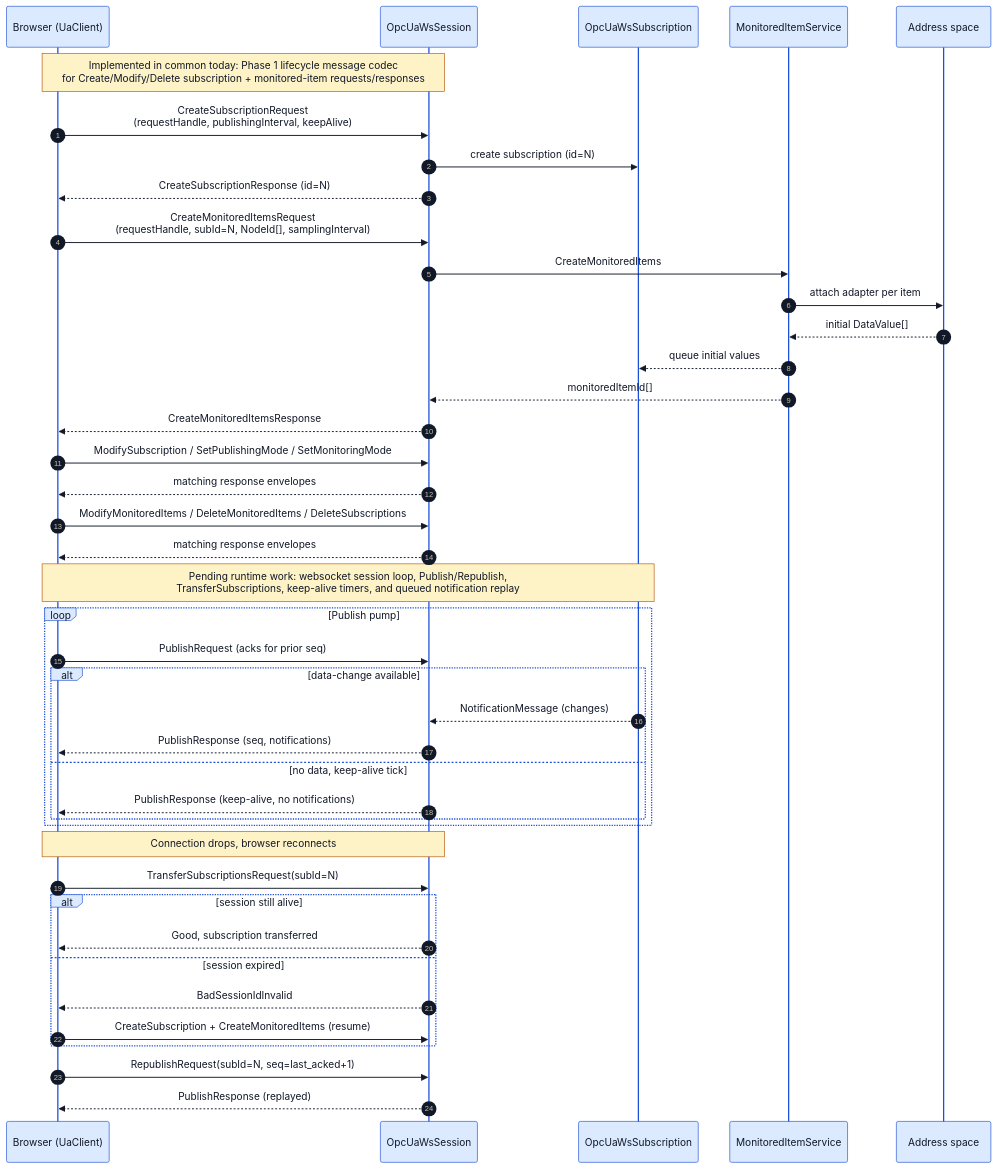
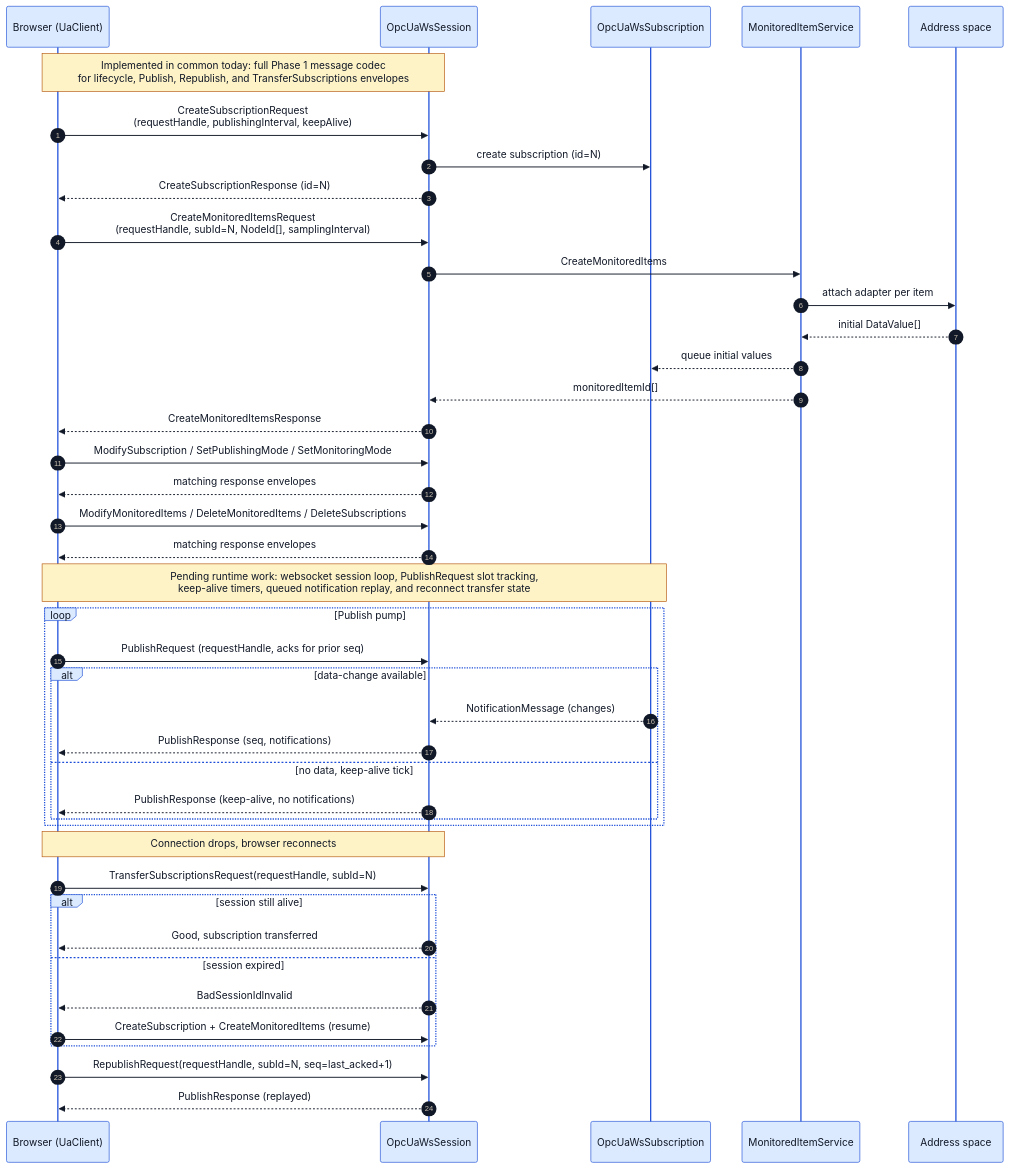
One commit to alexsmn/scada-common changed the diagram in docs/opcua_ws_subscription_sequence.mmd. Above: the diagram before and after it, drawn with Mermaid. The commit also changed 6 other files, not shown here.

```diff
--- a/docs/opcua_ws_subscription_sequence.mmd
+++ b/docs/opcua_ws_subscription_sequence.mmd
@@ -1,67 +1,67 @@
 %%{init: {
   'theme': 'base',
   'themeVariables': {
     'background': '#ffffff',
     'primaryColor': '#f3f4f6',
     'primaryBorderColor': '#374151',
     'primaryTextColor': '#111827',
     'lineColor': '#374151',
     'actorBkg': '#dbeafe',
     'actorBorder': '#1d4ed8',
     'actorTextColor': '#111827',
     'noteBkgColor': '#fef3c7',
     'noteBorderColor': '#b45309',
     'noteTextColor': '#111827'
   }
 }}%%
 sequenceDiagram
     autonumber
     participant B as Browser (UaClient)
     participant S as OpcUaWsSession
     participant SUB as OpcUaWsSubscription
     participant MI as MonitoredItemService
     participant AS as Address space
 
-    Note over B,S: Implemented in common today: Phase 1 lifecycle message codec<br/>for Create/Modify/Delete subscription + monitored-item requests/responses
+    Note over B,S: Implemented in common today: full Phase 1 message codec<br/>for lifecycle, Publish, Republish, and TransferSubscriptions envelopes
 
     B->>S: CreateSubscriptionRequest<br/>(requestHandle, publishingInterval, keepAlive)
     S->>SUB: create subscription (id=N)
     S-->>B: CreateSubscriptionResponse (id=N)
 
     B->>S: CreateMonitoredItemsRequest<br/>(requestHandle, subId=N, NodeId[], samplingInterval)
     S->>MI: CreateMonitoredItems
     MI->>AS: attach adapter per item
     AS-->>MI: initial DataValue[]
     MI-->>SUB: queue initial values
     MI-->>S: monitoredItemId[]
     S-->>B: CreateMonitoredItemsResponse
 
     B->>S: ModifySubscription / SetPublishingMode / SetMonitoringMode
     S-->>B: matching response envelopes
     B->>S: ModifyMonitoredItems / DeleteMonitoredItems / DeleteSubscriptions
     S-->>B: matching response envelopes
 
-    Note over B,SUB: Pending runtime work: websocket session loop, Publish/Republish,<br/>TransferSubscriptions, keep-alive timers, and queued notification replay
+    Note over B,SUB: Pending runtime work: websocket session loop, PublishRequest slot tracking,<br/>keep-alive timers, queued notification replay, and reconnect transfer state
 
     loop Publish pump
-        B->>S: PublishRequest (acks for prior seq)
+        B->>S: PublishRequest (requestHandle, acks for prior seq)
         alt data-change available
             SUB-->>S: NotificationMessage (changes)
             S-->>B: PublishResponse (seq, notifications)
         else no data, keep-alive tick
             S-->>B: PublishResponse (keep-alive, no notifications)
         end
     end
 
     Note over B,S: Connection drops, browser reconnects
 
-    B->>S: TransferSubscriptionsRequest(subId=N)
+    B->>S: TransferSubscriptionsRequest(requestHandle, subId=N)
     alt session still alive
         S-->>B: Good, subscription transferred
     else session expired
         S-->>B: BadSessionIdInvalid
         B->>S: CreateSubscription + CreateMonitoredItems (resume)
     end
 
-    B->>S: RepublishRequest(subId=N, seq=last_acked+1)
+    B->>S: RepublishRequest(requestHandle, subId=N, seq=last_acked+1)
     S-->>B: PublishResponse (replayed)
```
